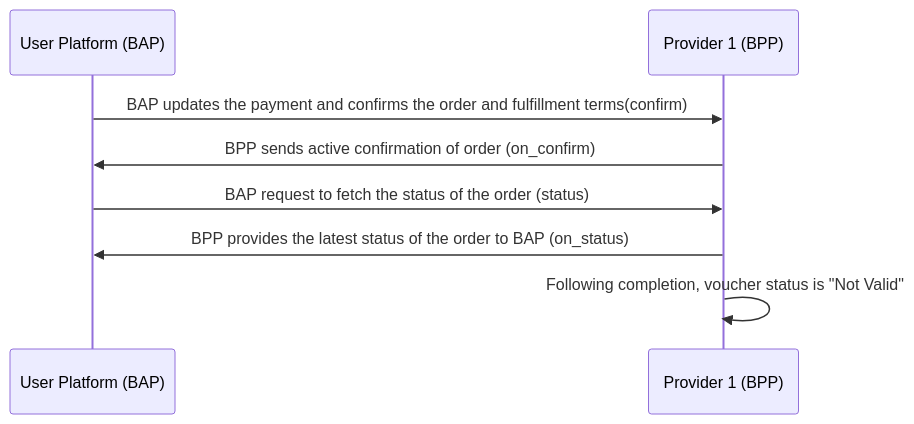
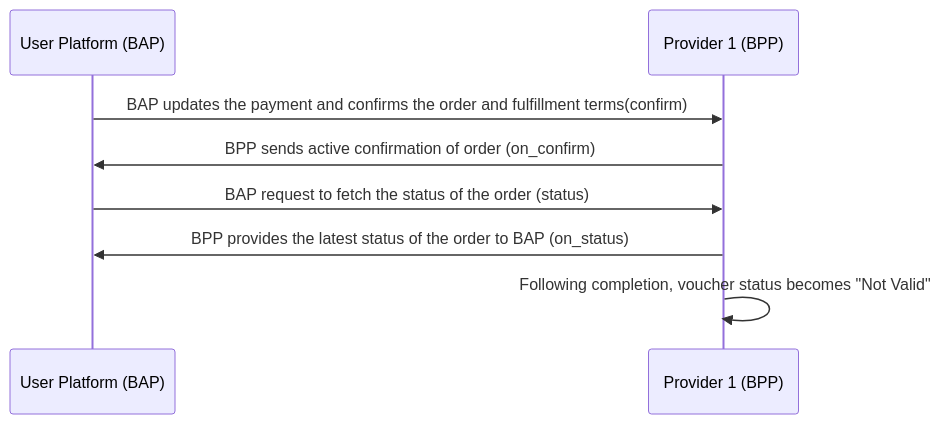
The eighth of 8 diagrams in docs/implementation-guides/Voucher_Redemption.md (Sudheesh2609/DENT-Protocol), drawn with Mermaid before and after one commit.

````diff
--- a/docs/implementation-guides/Voucher_Redemption.md
+++ b/docs/implementation-guides/Voucher_Redemption.md
@@ -171,8 +171,8 @@
 ```mermaid
     sequenceDiagram
     User Platform (BAP)->> Provider 1 (BPP): BAP updates the payment and confirms the order and fulfillment terms(confirm)
     Provider 1 (BPP)->>User Platform (BAP): BPP sends active confirmation of order (on_confirm)
     User Platform (BAP)->> Provider 1 (BPP): BAP request to fetch the status of the order (status)
     Provider 1 (BPP)->>User Platform (BAP): BPP provides the latest status of the order to BAP (on_status)
-    Provider 1 (BPP)->>Provider 1 (BPP): Following completion, voucher status is "Not Valid"
+    Provider 1 (BPP)->>Provider 1 (BPP): Following completion, voucher status becomes "Not Valid"
 ```
````
